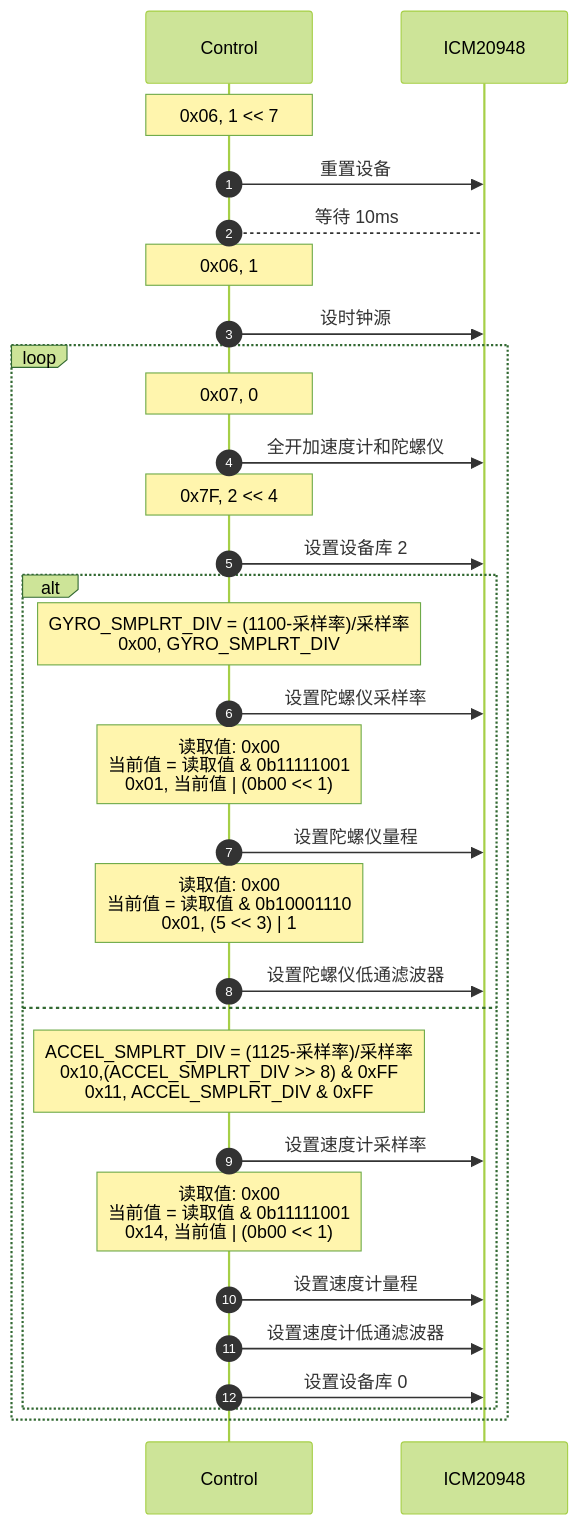
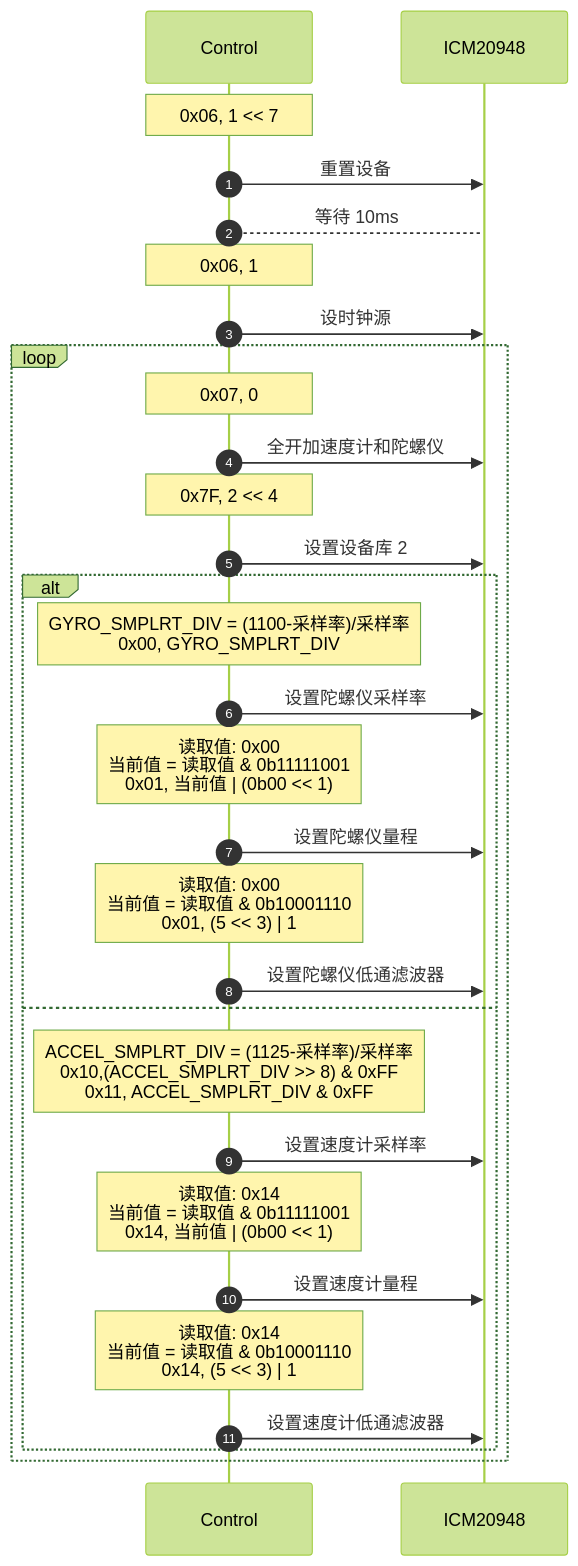
Before and after one commit to hkdickyko/hkdickyko.github.io: the second of 3 diagrams in _posts/2025-04-06-mdchart.md, drawn with Mermaid (forest theme).

```diff
--- a/_posts/2025-04-06-mdchart.md
+++ b/_posts/2025-04-06-mdchart.md
@@ -146,32 +146,32 @@
 <div class="mermaid">
 sequenceDiagram;
    autonumber;
    participant C as Control;
    participant I as ICM20948;
    note over C: 0x06, 1 << 7;
    C->>I: 重置设备;
    C-->I: 等待 10ms
    note over C: 0x06, 1;
    C->>I: 设时钟源;
    loop;
    note over C: 0x07, 0;
    C->>I: 全开加速度计和陀螺仪;
    note over C: 0x7F, 2 << 4;
    C->>I: 设置设备库 2;
    alt;
    note over C: GYRO_SMPLRT_DIV = (1100-采样率)/采样率<br>0x00, GYRO_SMPLRT_DIV;
    C->>I: 设置陀螺仪采样率;
    note over C: 读取值: 0x00<br>当前值 = 读取值 & 0b11111001<br>0x01, 当前值 | (0b00 << 1);
    C->>I: 设置陀螺仪量程;
    note over C: 读取值: 0x00<br>当前值 = 读取值 & 0b10001110<br> 0x01, (5 << 3) | 1;
    C->>I: 设置陀螺仪低通滤波器;
    else;
    note over C: ACCEL_SMPLRT_DIV = (1125-采样率)/采样率<br>0x10,(ACCEL_SMPLRT_DIV >> 8) & 0xFF<br>0x11, ACCEL_SMPLRT_DIV & 0xFF;   
    C->>I: 设置速度计采样率;
-   note over C: 读取值: 0x00<br>当前值 = 读取值 & 0b11111001<br>0x14, 当前值 | (0b00 << 1);   
+   note over C: 读取值: 0x14<br>当前值 = 读取值 & 0b11111001<br>0x14, 当前值 | (0b00 << 1);   
    C->>I: 设置速度计量程;
+   note over C: 读取值: 0x14<br>当前值 = 读取值 & 0b10001110<br> 0x14, (5 << 3) | 1;   
    C->>I: 设置速度计低通滤波器;
-   C->>I: 设置设备库 0;
    end
    end
 </div>
```
